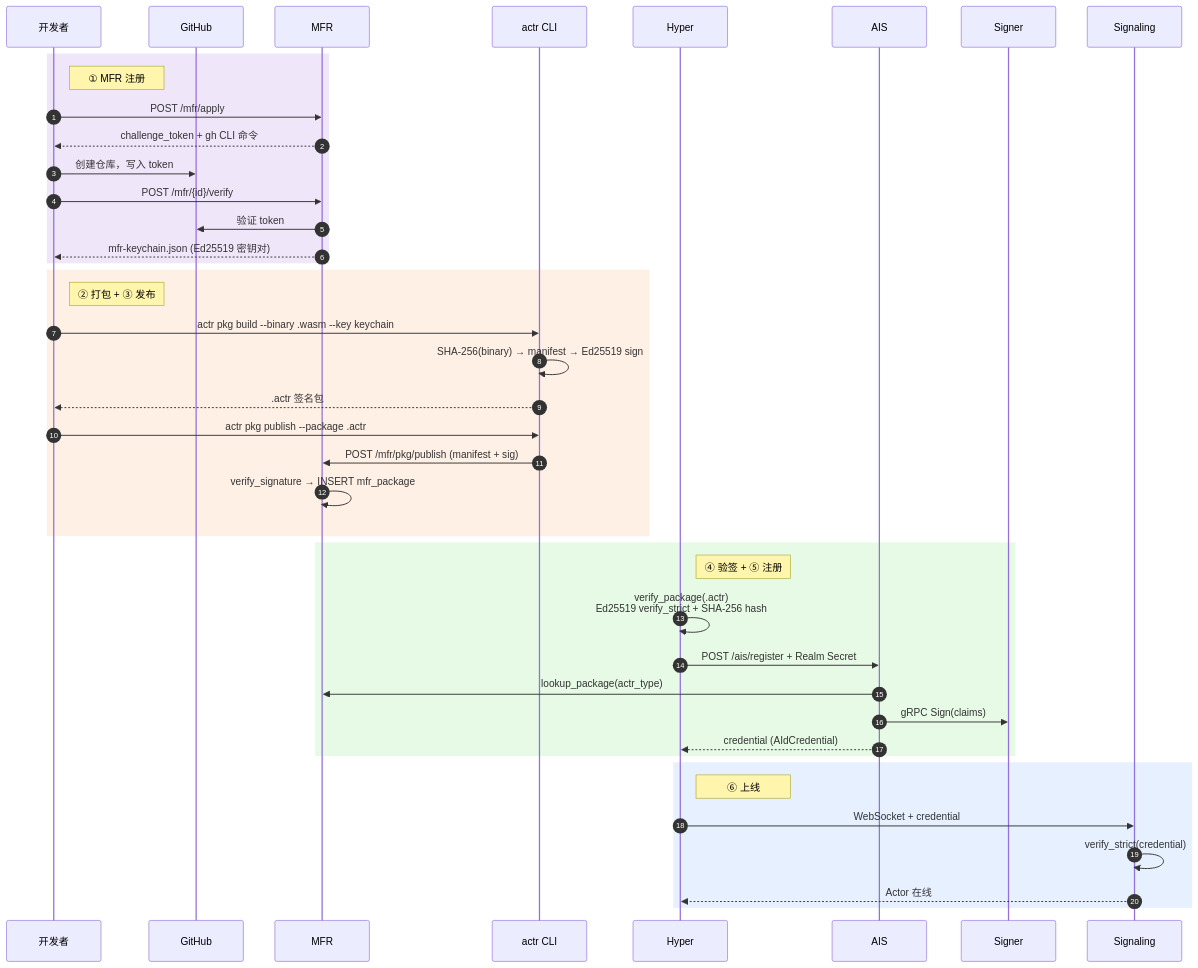
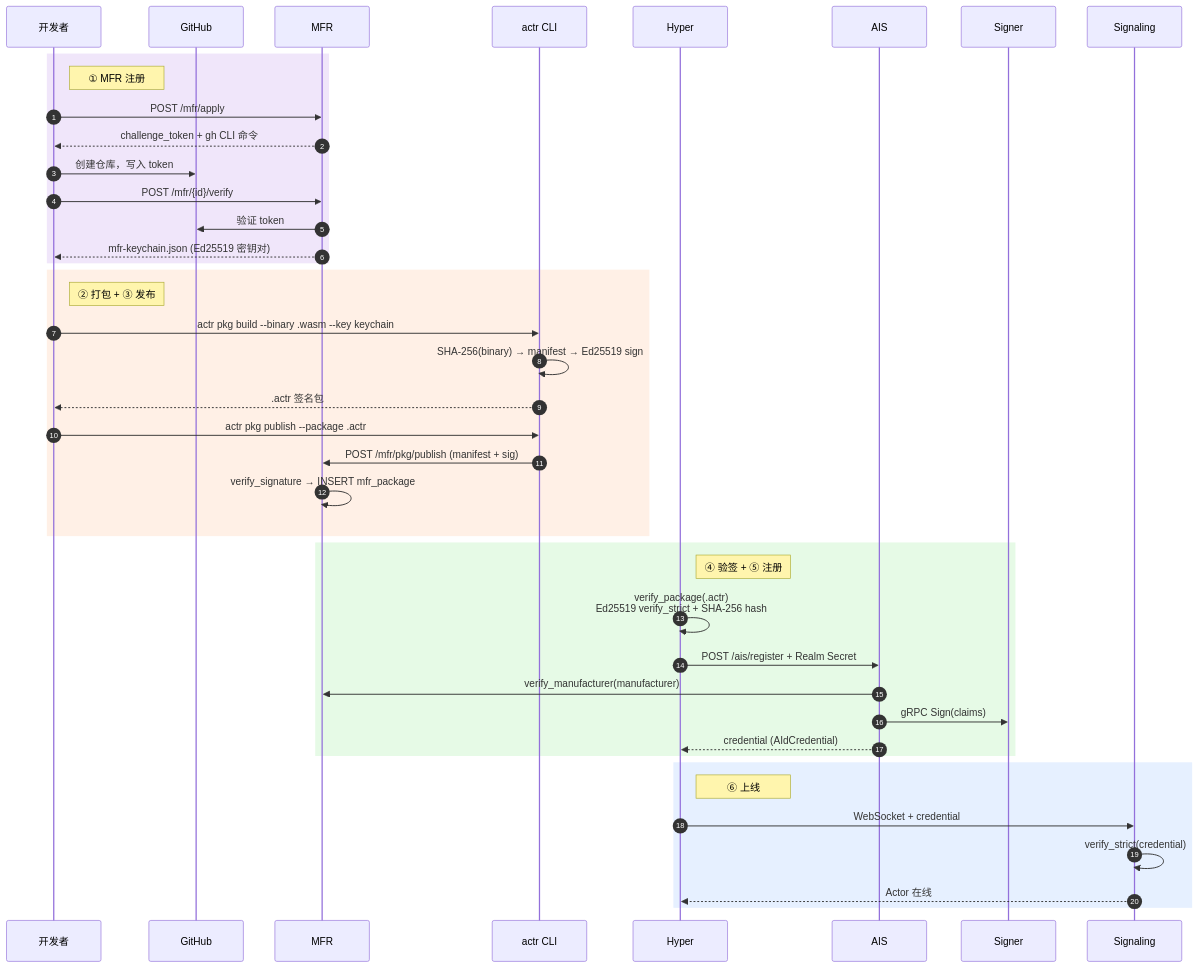
Before and after one commit to Actrium/actr: the first of 9 diagrams in docs/actr-sign-sequence-diagram.zh.md, drawn with Mermaid. The commit also changed other lines of this file and 1 other file, not shown here.

Commit message:
docs: update known issues with verify_manufacturer, package distribution, and solutions

````diff
--- a/docs/actr-sign-sequence-diagram.zh.md
+++ b/docs/actr-sign-sequence-diagram.zh.md
@@ -7,48 +9,48 @@
 ```mermaid
 sequenceDiagram
     autonumber
     participant Dev as 开发者
     participant GitHub as GitHub
     participant MFR as MFR
     participant CLI as actr CLI
     participant Hyper as Hyper
     participant AIS as AIS
     participant Signer as Signer
     participant Sig as Signaling
 
     rect rgb(240, 230, 250)
     Note right of Dev: ① MFR 注册
     Dev->>MFR: POST /mfr/apply
     MFR-->>Dev: challenge_token + gh CLI 命令
     Dev->>GitHub: 创建仓库，写入 token
     Dev->>MFR: POST /mfr/{id}/verify
     MFR->>GitHub: 验证 token
     MFR-->>Dev: mfr-keychain.json (Ed25519 密钥对)
     end
 
     rect rgb(255, 240, 230)
     Note right of Dev: ② 打包 + ③ 发布
     Dev->>CLI: actr pkg build --binary .wasm --key keychain
     CLI->>CLI: SHA-256(binary) → manifest → Ed25519 sign
     CLI-->>Dev: .actr 签名包
     Dev->>CLI: actr pkg publish --package .actr
     CLI->>MFR: POST /mfr/pkg/publish (manifest + sig)
     MFR->>MFR: verify_signature → INSERT mfr_package
     end
 
     rect rgb(230, 250, 230)
     Note right of Hyper: ④ 验签 + ⑤ 注册
     Hyper->>Hyper: verify_package(.actr)<br/>Ed25519 verify_strict + SHA-256 hash
     Hyper->>AIS: POST /ais/register + Realm Secret
-    AIS->>MFR: lookup_package(actr_type)
+    AIS->>MFR: verify_manufacturer(manufacturer)
     AIS->>Signer: gRPC Sign(claims)
     AIS-->>Hyper: credential (AIdCredential)
     end
 
     rect rgb(230, 240, 255)
     Note right of Hyper: ⑥ 上线
     Hyper->>Sig: WebSocket + credential
     Sig->>Sig: verify_strict(credential)
     Sig-->>Hyper: Actor 在线
     end
 ```
````
